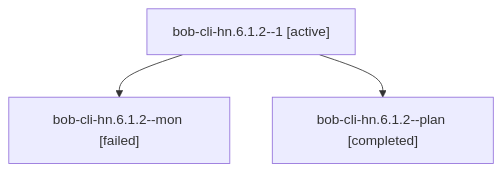
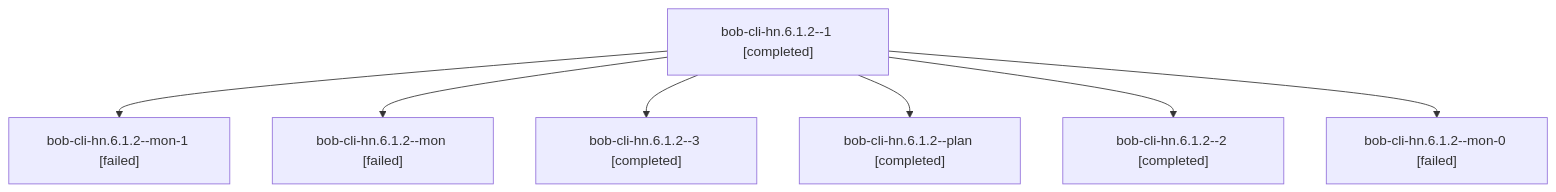
Before and after one commit to bobs-org/bob-cli--agents: the diagram in sessions/bbugyi200.athena.bob-cli-hn.6.1.2.md, drawn with Mermaid. The commit also changed other lines of this file and 57 other files, not shown here.

````diff
--- a/sessions/bbugyi200.athena.bob-cli-hn.6.1.2.md
+++ b/sessions/bbugyi200.athena.bob-cli-hn.6.1.2.md
@@ -9,8 +9,16 @@
 ```mermaid
 flowchart TD
-  n0["bob-cli-hn.6.1.2--1 [active]"]
-  n1["bob-cli-hn.6.1.2--mon [failed]"]
+  n0["bob-cli-hn.6.1.2--1 [completed]"]
+  n1["bob-cli-hn.6.1.2--mon-1 [failed]"]
   n0 --> n1
-  n2["bob-cli-hn.6.1.2--plan [completed]"]
+  n2["bob-cli-hn.6.1.2--mon [failed]"]
   n0 --> n2
+  n3["bob-cli-hn.6.1.2--3 [completed]"]
+  n0 --> n3
+  n4["bob-cli-hn.6.1.2--plan [completed]"]
+  n0 --> n4
+  n5["bob-cli-hn.6.1.2--2 [completed]"]
+  n0 --> n5
+  n6["bob-cli-hn.6.1.2--mon-0 [failed]"]
+  n0 --> n6
 ```
````
